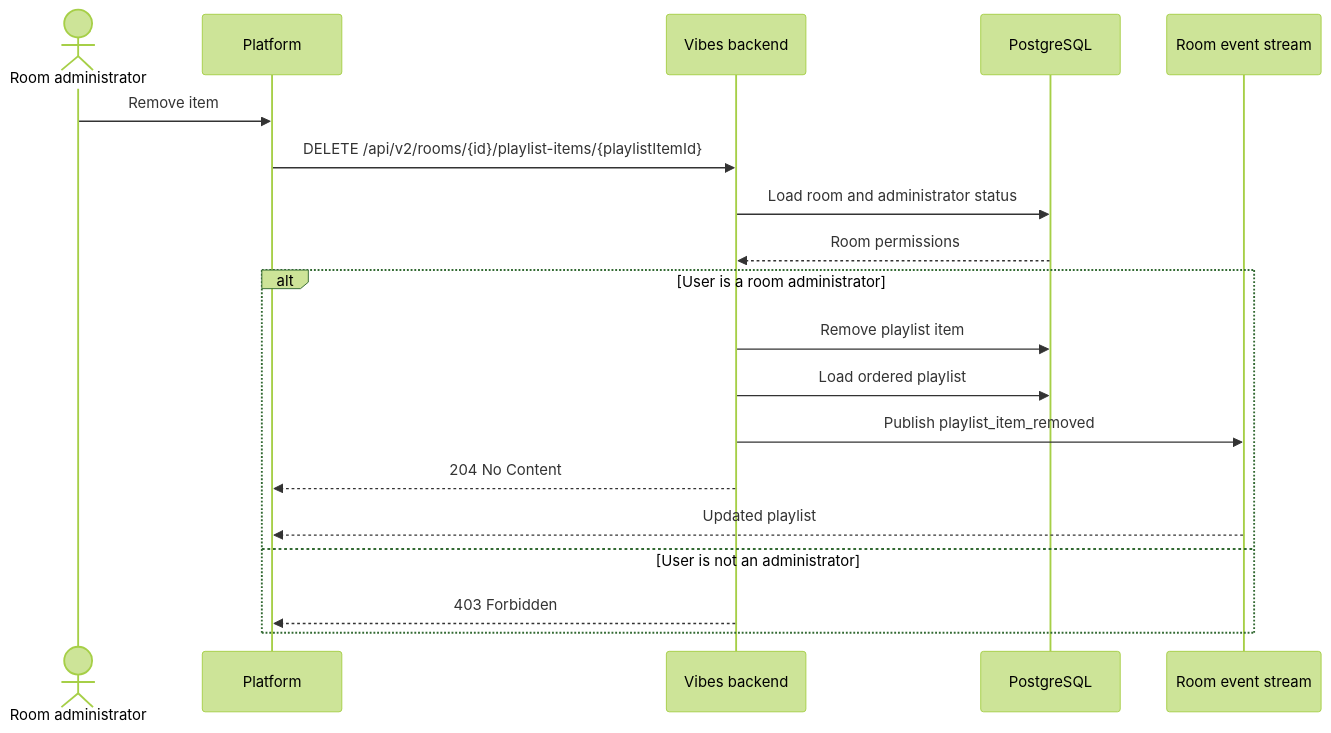
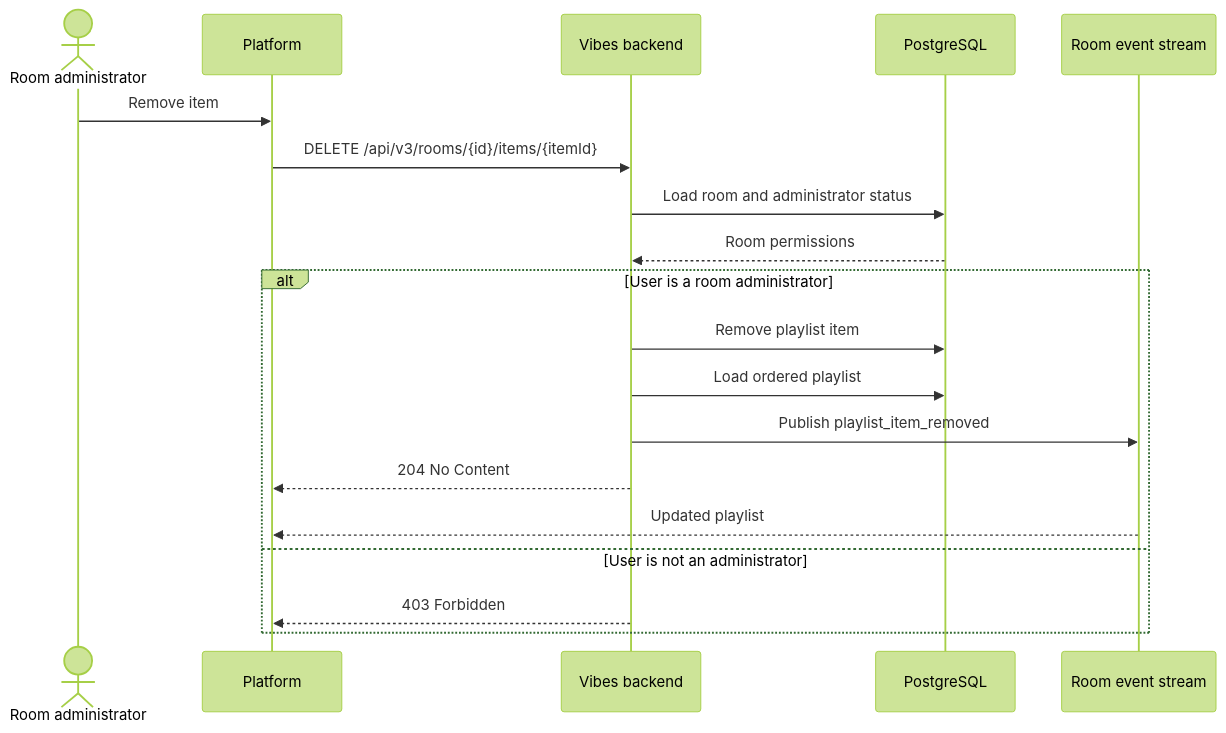
The second of 3 diagrams in docs/flows/songs.md (zoff-music/vibes-backend), drawn with Mermaid (forest theme) before and after one commit. The commit also changed other lines of this file and 4 other files, not shown here.

Commit message:
refactor: remove deprecated playlist item endpoints

````diff
--- a/docs/flows/songs.md
+++ b/docs/flows/songs.md
@@ -48,23 +48,23 @@
 ```mermaid
 sequenceDiagram
     actor Admin as Room administrator
     participant Platform
     participant API as Vibes backend
     participant DB as PostgreSQL
     participant Events as Room event stream
 
     Admin->>Platform: Remove item
-    Platform->>API: DELETE /api/v2/rooms/{id}/playlist-items/{playlistItemId}
+    Platform->>API: DELETE /api/v3/rooms/{id}/items/{itemId}
     API->>DB: Load room and administrator status
     DB-->>API: Room permissions
 
     alt User is a room administrator
         API->>DB: Remove playlist item
         API->>DB: Load ordered playlist
         API->>Events: Publish playlist_item_removed
         API-->>Platform: 204 No Content
         Events-->>Platform: Updated playlist
     else User is not an administrator
         API-->>Platform: 403 Forbidden
     end
 ```
````
